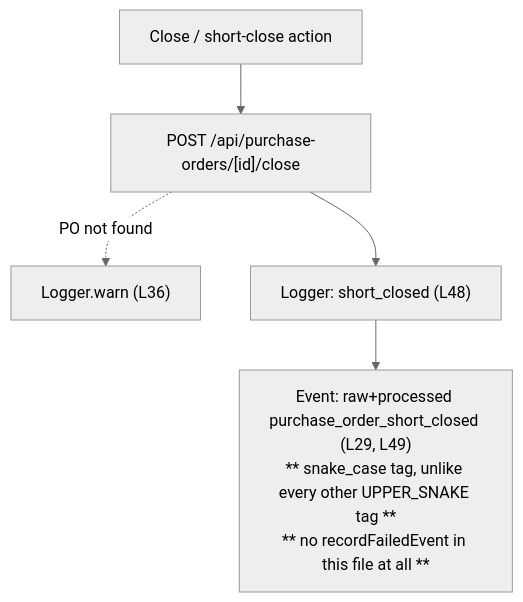
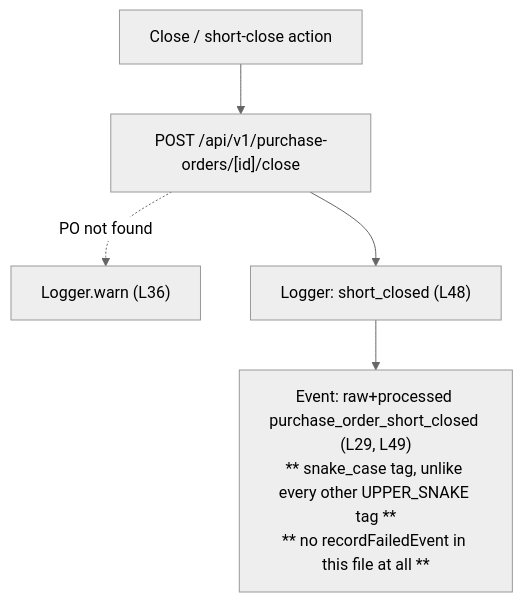
One commit to ERP-PreFg-Admin/ERP-Prefg-Tool changed the ninth of 10 diagrams in erp_project/docs/interaction-logging-map.md. Above: the diagram before and after it, drawn with Mermaid (neutral theme). The commit also changed other lines of this file and 96 other files, not shown here.

````diff
--- a/erp_project/docs/interaction-logging-map.md
+++ b/erp_project/docs/interaction-logging-map.md
@@ -198,6 +198,6 @@
 ```mermaid
 flowchart TD
-    Close["Close / short-close action"] --> API["POST /api/purchase-orders/[id]/close"]
+    Close["Close / short-close action"] --> API["POST /api/v1/purchase-orders/[id]/close"]
     API -.PO not found.-> LW["Logger.warn (L36)"]
     API --> L1["Logger: short_closed (L48)"] --> E1["Event: raw+processed purchase_order_short_closed (L29, L49)\n** snake_case tag, unlike every other UPPER_SNAKE tag **\n** no recordFailedEvent in this file at all **"]
 ```
````
